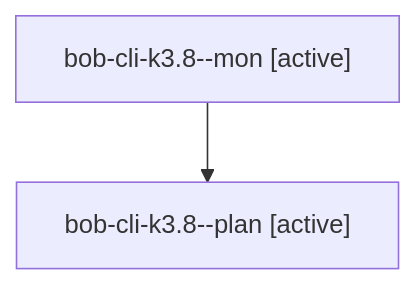
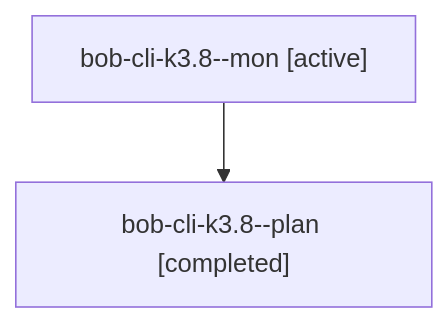
Before and after one commit to bobs-org/bob-cli--agents: the diagram in sessions/bbugyi200.athena.bob-cli-k3.8.md, drawn with Mermaid. The commit also changed other lines of this file and 58 other files, not shown here.

````diff
--- a/sessions/bbugyi200.athena.bob-cli-k3.8.md
+++ b/sessions/bbugyi200.athena.bob-cli-k3.8.md
@@ -9,6 +9,6 @@
 ```mermaid
 flowchart TD
   n0["bob-cli-k3.8--mon [active]"]
-  n1["bob-cli-k3.8--plan [active]"]
+  n1["bob-cli-k3.8--plan [completed]"]
   n0 --> n1
 ```
````
